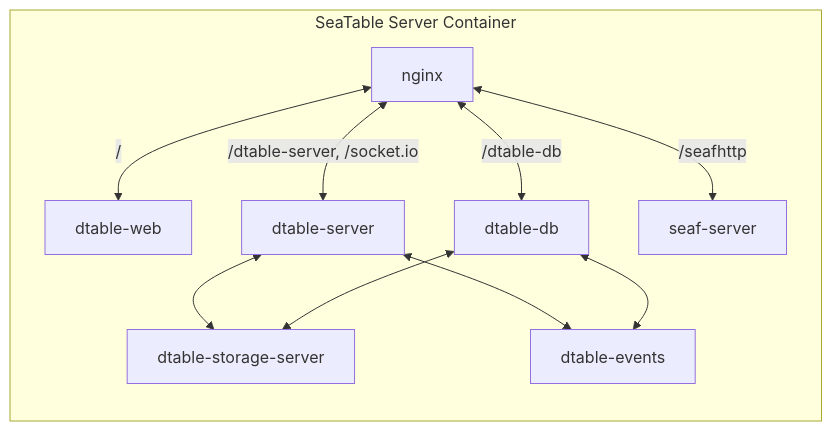
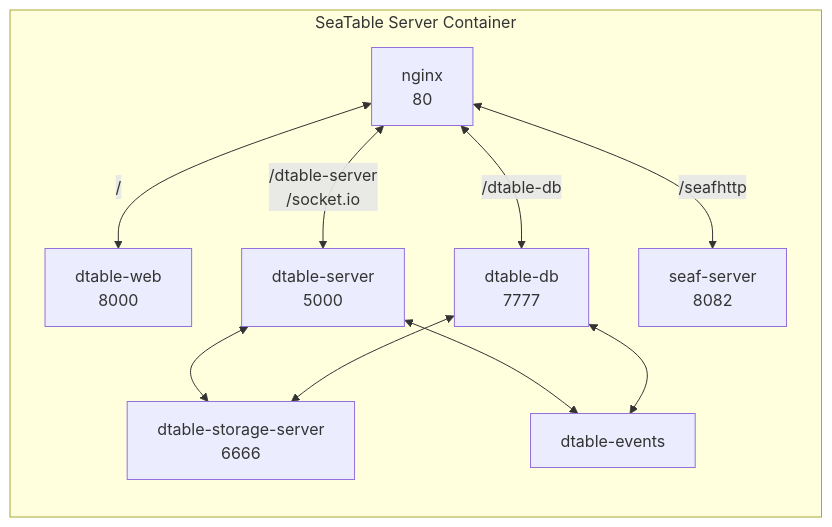
The second of 2 diagrams in docs/introduction/architecture.md (seatable/seatable-admin-docs), drawn with Mermaid before and after one commit.

Commit message:
Update architecture.md
Added ports in SeaTable Server Container

````diff
--- a/docs/introduction/architecture.md
+++ b/docs/introduction/architecture.md
@@ -40,20 +40,20 @@
 ```mermaid
 flowchart LR
     subgraph s[SeaTable Server Container]
-        A[nginx]
-        B[dtable-web]
-        C[dtable-server]
-        D[dtable-db]
-        E[seaf-server]
+        A[nginx<br/>80]
+        B[dtable-web<br/>8000]
+        C[dtable-server<br/>5000]
+        D[dtable-db<br/>7777]
+        E[seaf-server<br/>8082]
         G[dtable-events]
-        F[dtable-storage-server]
+        F[dtable-storage-server<br/>6666]
         A<-- / -->B
-        A<-- /dtable-server, /socket.io -->C
+        A<-- /dtable-server<br/>/socket.io -->C
         A<-- /dtable-db -->D
         A<-- /seafhttp -->E
         C<-->F
         D<-->F
         C<-->G
         D<-->G
     end
 ```
````
